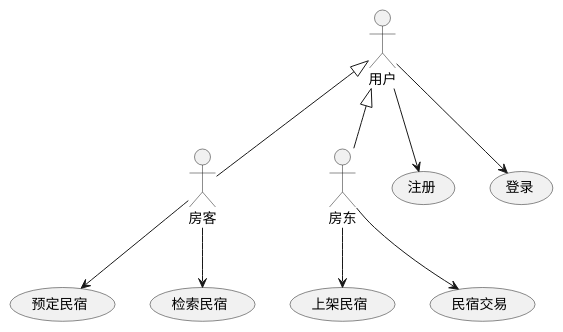
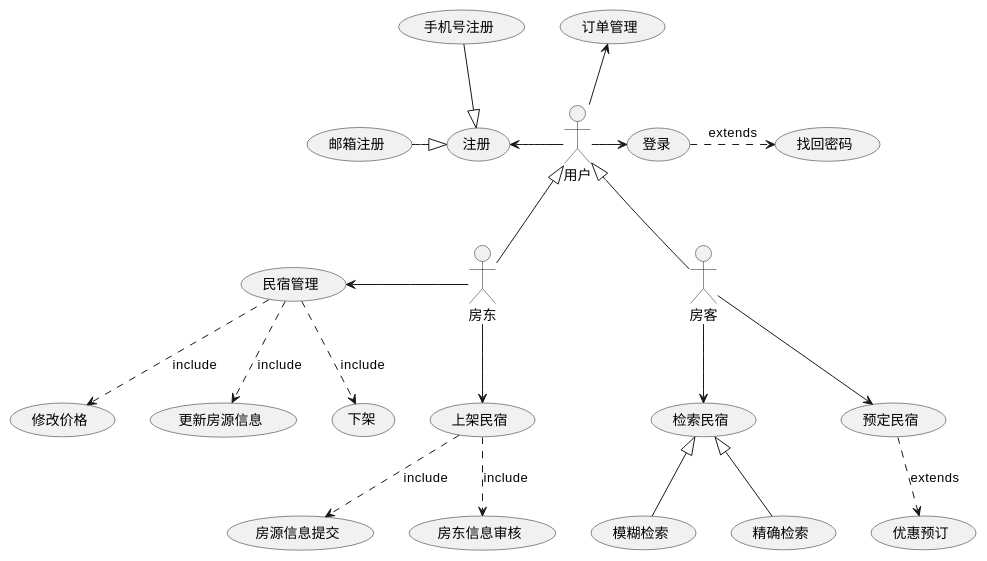
Before and after one commit to clysto/software-engineering: the diagram in 用例图.plantuml, drawn with PlantUML. The commit also changed 3 other files, not shown here.

```diff
--- a/用例图.plantuml
+++ b/用例图.plantuml
@@ -1,19 +1,37 @@
 @startuml 用例图
 
 actor 房客
 actor 房东
 actor 用户
 
 用户 <|-- 房客
 用户 <|-- 房东
 
-:用户: --> (注册)
-:用户: --> (登录)
+(检索民宿) <|-- (精确检索)
+(检索民宿) <|-- (模糊检索)
+
+(注册) <|-left- (邮箱注册)
+(注册) <|-up- (手机号注册)
+
+:用户: -left-> (注册)
+:用户: -right-> (登录)
+:用户: -up-> (订单管理)
 
 :房客: --> (预定民宿)
 :房客: --> (检索民宿)
 
 :房东: --> (上架民宿)
-:房东: --> (民宿交易)
+:房东: -left-> (民宿管理)
+
+(预定民宿) ..> (优惠预订) : extends
+(登录) .> (找回密码) : extends
+
+(上架民宿) ..> (房东信息审核) : include
+(上架民宿) ..> (房源信息提交) : include
+
+(民宿管理) ..> (修改价格) : include
+(民宿管理) ..> (更新房源信息) : include
+(民宿管理) ..> (下架) : include
+
 
 @enduml
```
